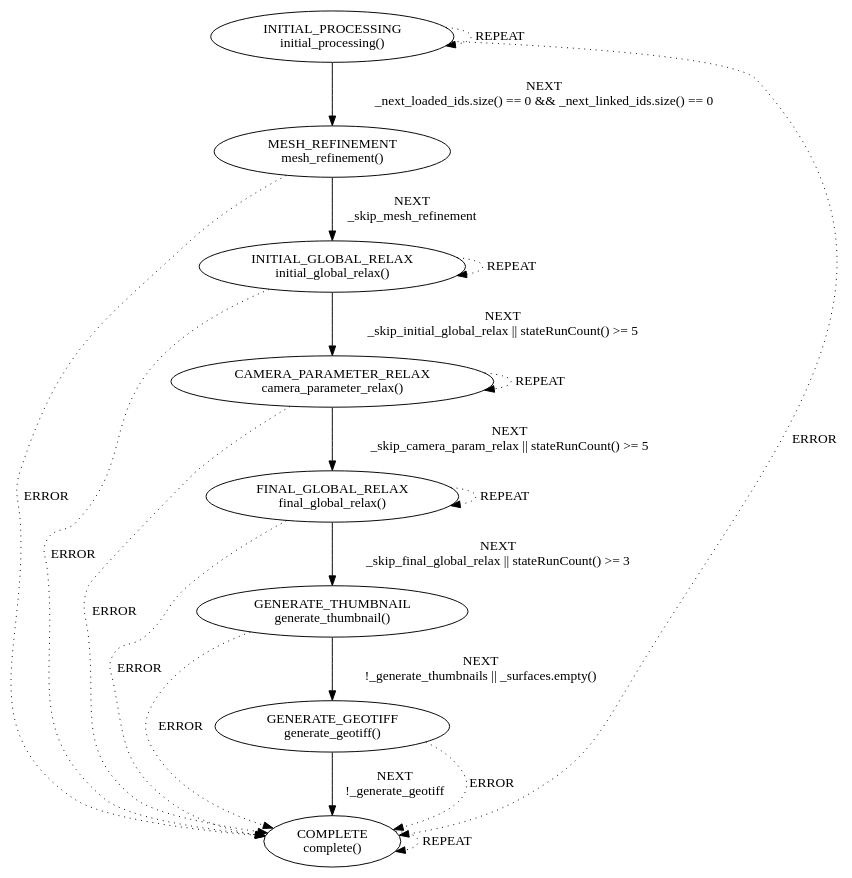
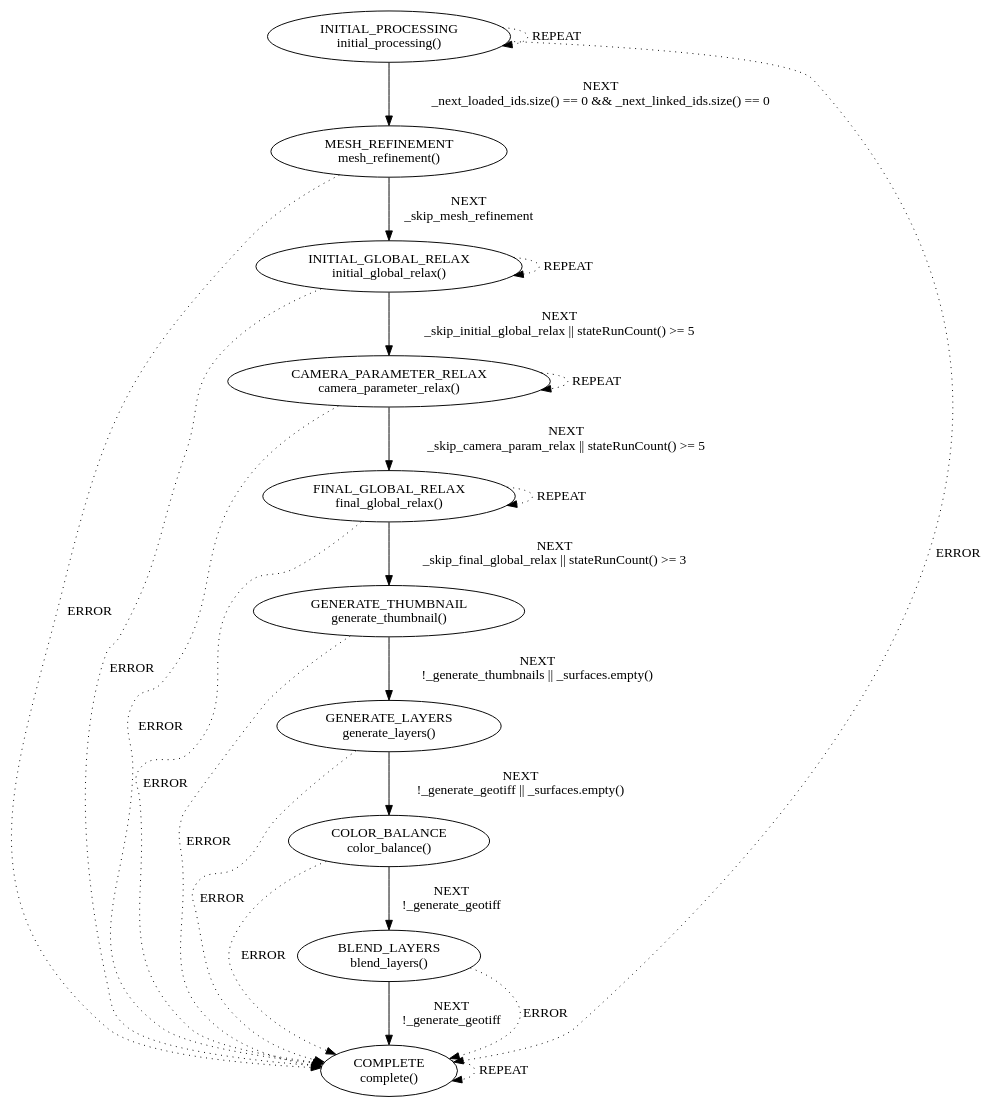
Before and after one commit to jkflying/opencalibration: the diagram in src/pipeline/pipeline.cpp.dot, drawn with Graphviz. The commit also changed 6 other files, not shown here.

```diff
--- a/src/pipeline/pipeline.cpp.dot
+++ b/src/pipeline/pipeline.cpp.dot
@@ -1,21 +1,25 @@
 digraph {
     "INITIAL_PROCESSING\ninitial_processing()" -> "MESH_REFINEMENT\nmesh_refinement()" [label="NEXT\n_next_loaded_ids.size() == 0 && _next_linked_ids.size() == 0", style="solid", weight=1]
     "INITIAL_PROCESSING\ninitial_processing()" -> "COMPLETE\ncomplete()" [label="ERROR", style="dotted", weight=0.1]
     "MESH_REFINEMENT\nmesh_refinement()" -> "INITIAL_GLOBAL_RELAX\ninitial_global_relax()" [label="NEXT\n_skip_mesh_refinement", style="solid", weight=1]
     "MESH_REFINEMENT\nmesh_refinement()" -> "COMPLETE\ncomplete()" [label="ERROR", style="dotted", weight=0.1]
     "INITIAL_GLOBAL_RELAX\ninitial_global_relax()" -> "CAMERA_PARAMETER_RELAX\ncamera_parameter_relax()" [label="NEXT\n_skip_initial_global_relax || stateRunCount() >= 5", style="solid", weight=1]
     "INITIAL_GLOBAL_RELAX\ninitial_global_relax()" -> "COMPLETE\ncomplete()" [label="ERROR", style="dotted", weight=0.1]
     "CAMERA_PARAMETER_RELAX\ncamera_parameter_relax()" -> "FINAL_GLOBAL_RELAX\nfinal_global_relax()" [label="NEXT\n_skip_camera_param_relax || stateRunCount() >= 5", style="solid", weight=1]
     "CAMERA_PARAMETER_RELAX\ncamera_parameter_relax()" -> "COMPLETE\ncomplete()" [label="ERROR", style="dotted", weight=0.1]
     "FINAL_GLOBAL_RELAX\nfinal_global_relax()" -> "GENERATE_THUMBNAIL\ngenerate_thumbnail()" [label="NEXT\n_skip_final_global_relax || stateRunCount() >= 3", style="solid", weight=1]
     "FINAL_GLOBAL_RELAX\nfinal_global_relax()" -> "COMPLETE\ncomplete()" [label="ERROR", style="dotted", weight=0.1]
-    "GENERATE_THUMBNAIL\ngenerate_thumbnail()" -> "GENERATE_GEOTIFF\ngenerate_geotiff()" [label="NEXT\n!_generate_thumbnails || _surfaces.empty()", style="solid", weight=1]
+    "GENERATE_THUMBNAIL\ngenerate_thumbnail()" -> "GENERATE_LAYERS\ngenerate_layers()" [label="NEXT\n!_generate_thumbnails || _surfaces.empty()", style="solid", weight=1]
     "GENERATE_THUMBNAIL\ngenerate_thumbnail()" -> "COMPLETE\ncomplete()" [label="ERROR", style="dotted", weight=0.1]
-    "GENERATE_GEOTIFF\ngenerate_geotiff()" -> "COMPLETE\ncomplete()" [label="NEXT\n!_generate_geotiff", style="solid", weight=1]
-    "GENERATE_GEOTIFF\ngenerate_geotiff()" -> "COMPLETE\ncomplete()" [label="ERROR", style="dotted", weight=0.1]
+    "GENERATE_LAYERS\ngenerate_layers()" -> "COLOR_BALANCE\ncolor_balance()" [label="NEXT\n!_generate_geotiff || _surfaces.empty()", style="solid", weight=1]
+    "GENERATE_LAYERS\ngenerate_layers()" -> "COMPLETE\ncomplete()" [label="ERROR", style="dotted", weight=0.1]
+    "COLOR_BALANCE\ncolor_balance()" -> "BLEND_LAYERS\nblend_layers()" [label="NEXT\n!_generate_geotiff", style="solid", weight=1]
+    "COLOR_BALANCE\ncolor_balance()" -> "COMPLETE\ncomplete()" [label="ERROR", style="dotted", weight=0.1]
+    "BLEND_LAYERS\nblend_layers()" -> "COMPLETE\ncomplete()" [label="NEXT\n!_generate_geotiff", style="solid", weight=1]
+    "BLEND_LAYERS\nblend_layers()" -> "COMPLETE\ncomplete()" [label="ERROR", style="dotted", weight=0.1]
     "INITIAL_PROCESSING\ninitial_processing()" -> "INITIAL_PROCESSING\ninitial_processing()" [label="REPEAT", style="dotted", weight=0.1]
     "INITIAL_GLOBAL_RELAX\ninitial_global_relax()" -> "INITIAL_GLOBAL_RELAX\ninitial_global_relax()" [label="REPEAT", style="dotted", weight=0.1]
     "CAMERA_PARAMETER_RELAX\ncamera_parameter_relax()" -> "CAMERA_PARAMETER_RELAX\ncamera_parameter_relax()" [label="REPEAT", style="dotted", weight=0.1]
     "FINAL_GLOBAL_RELAX\nfinal_global_relax()" -> "FINAL_GLOBAL_RELAX\nfinal_global_relax()" [label="REPEAT", style="dotted", weight=0.1]
     "COMPLETE\ncomplete()" -> "COMPLETE\ncomplete()" [label="REPEAT", style="dotted", weight=0.1]
 }
```
